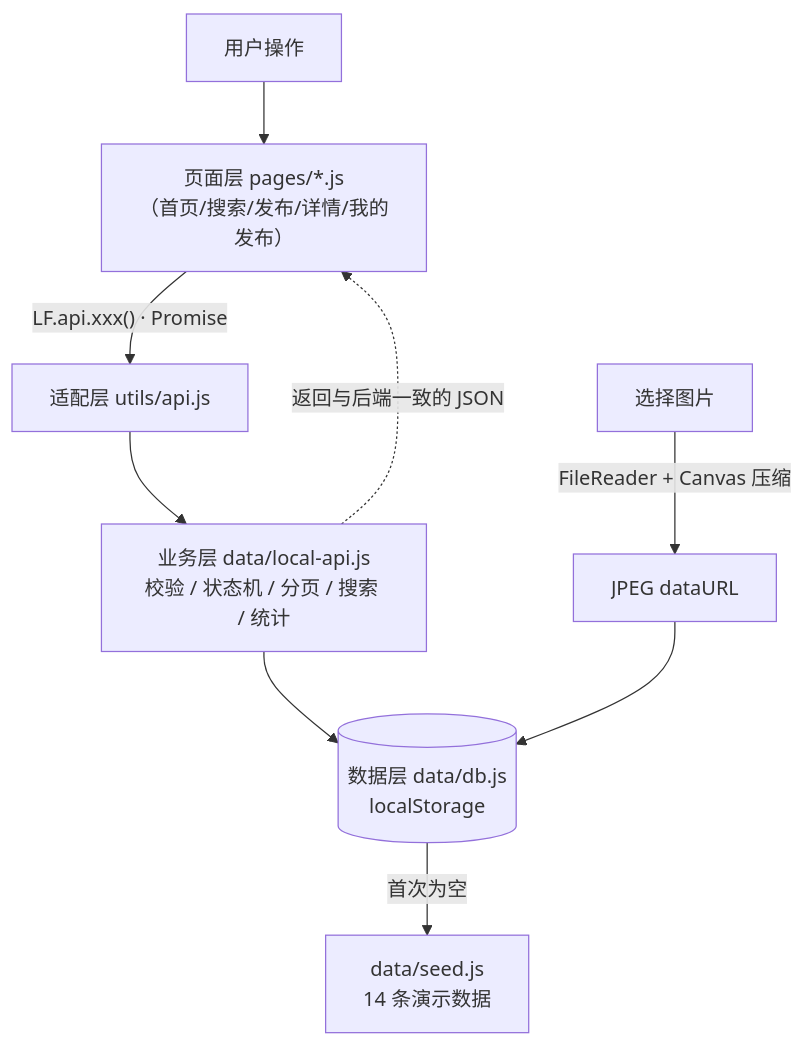
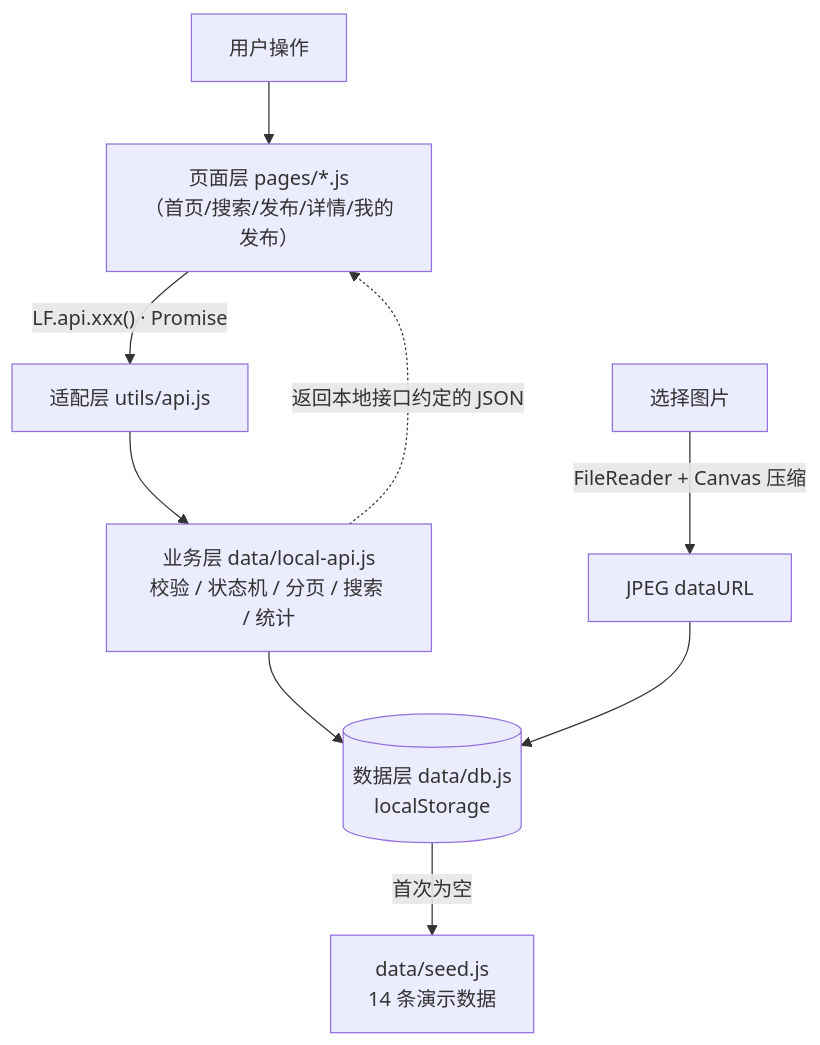
One commit to 5-bin/102401632-102401633 changed the second of 3 diagrams in README.md. Above: the diagram before and after it, drawn with Mermaid. The commit also changed other lines of this file and 211 other files, not shown here.

````diff
--- a/README.md
+++ b/README.md
@@ -213,11 +264,11 @@
 ```mermaid
 flowchart TD
     U[用户操作] --> P["页面层 pages/*.js<br/>（首页/搜索/发布/详情/我的发布）"]
     P -->|"LF.api.xxx() · Promise"| A["适配层 utils/api.js"]
     A --> LA["业务层 data/local-api.js<br/>校验 / 状态机 / 分页 / 搜索 / 统计"]
     LA --> DB[("数据层 data/db.js<br/>localStorage")]
     DB -->|首次为空| SEED["data/seed.js<br/>14 条演示数据"]
     IMG[选择图片] -->|FileReader + Canvas 压缩| DATAURL[JPEG dataURL]
     DATAURL --> DB
-    LA -.返回与后端一致的 JSON.-> P
+    LA -.返回本地接口约定的 JSON.-> P
 ```
````
